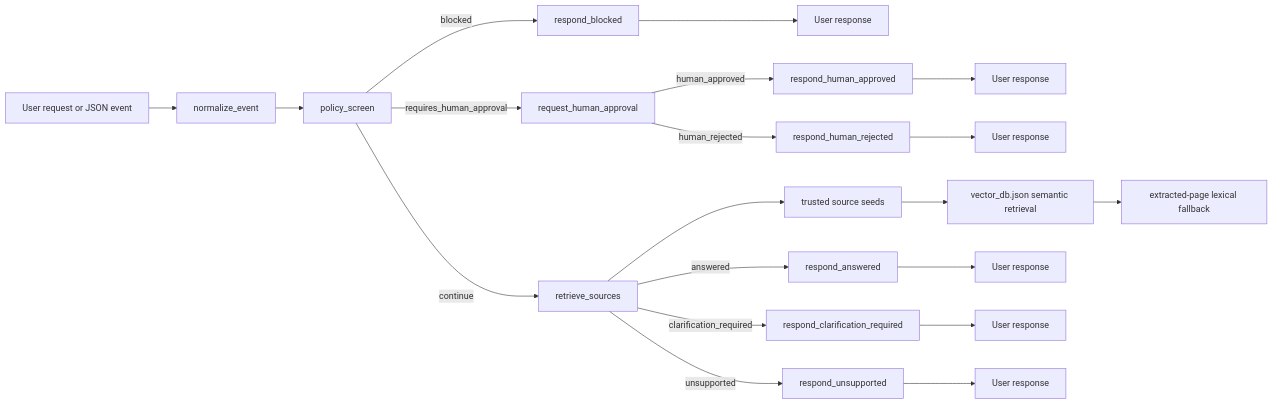
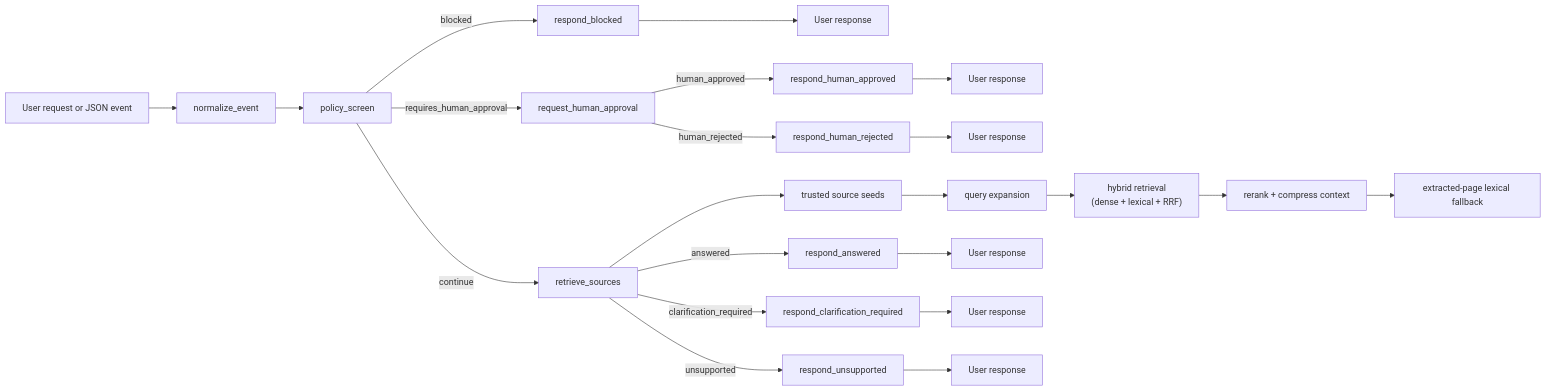
The diagram in docs/architecture.md (Ramisa1231/CouncilQ), drawn with Mermaid before and after one commit. The commit also changed other lines of this file and 9 other files, not shown here.

First line of the commit message:
Add hybrid retrieval pipeline and telemetry

````diff
--- a/docs/architecture.md
+++ b/docs/architecture.md
@@ -5,23 +5,25 @@
 ```mermaid
 flowchart LR
   U["User request or JSON event"] --> N["normalize_event"]
   N --> P["policy_screen"]
   P -->|blocked| RB["respond_blocked"]
   P -->|requires_human_approval| H["request_human_approval"]
   H -->|human_approved| HA["respond_human_approved"]
   H -->|human_rejected| HR["respond_human_rejected"]
   P -->|continue| RET["retrieve_sources"]
   RET --> SEED["trusted source seeds"]
-  SEED --> VDB["vector_db.json semantic retrieval"]
-  VDB --> LEX["extracted-page lexical fallback"]
+  SEED --> QUERY["query expansion"]
+  QUERY --> HYBRID["hybrid retrieval<br/>(dense + lexical + RRF)"]
+  HYBRID --> RERANK["rerank + compress context"]
+  RERANK --> LEX["extracted-page lexical fallback"]
   RET -->|answered| RA["respond_answered"]
   RET -->|clarification_required| RC["respond_clarification_required"]
   RET -->|unsupported| RU["respond_unsupported"]
 
   RB --> OUT1["User response"]
   HA --> OUT2["User response"]
   HR --> OUT3["User response"]
   RA --> OUT4["User response"]
   RC --> OUT5["User response"]
   RU --> OUT6["User response"]
 ```
````
